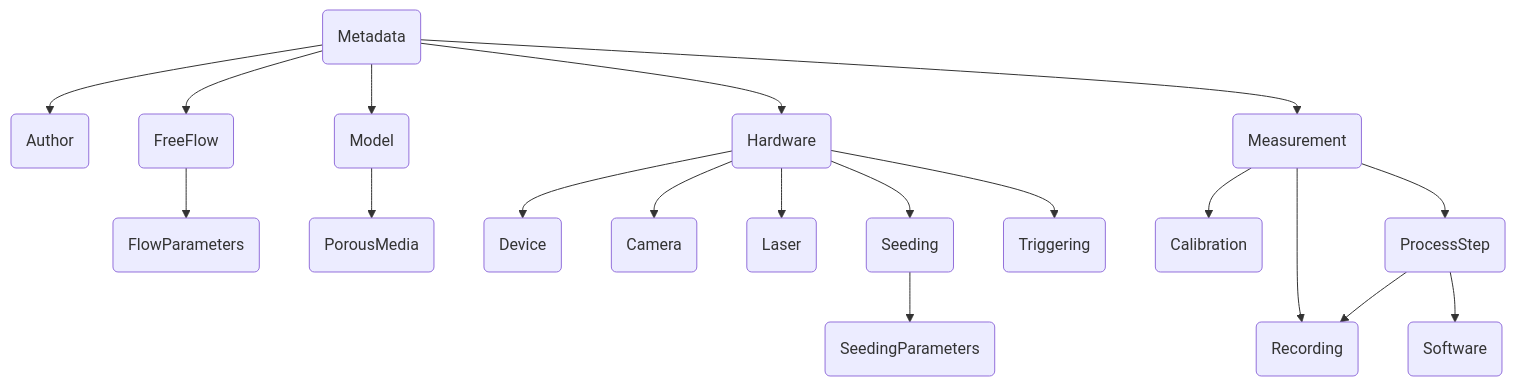
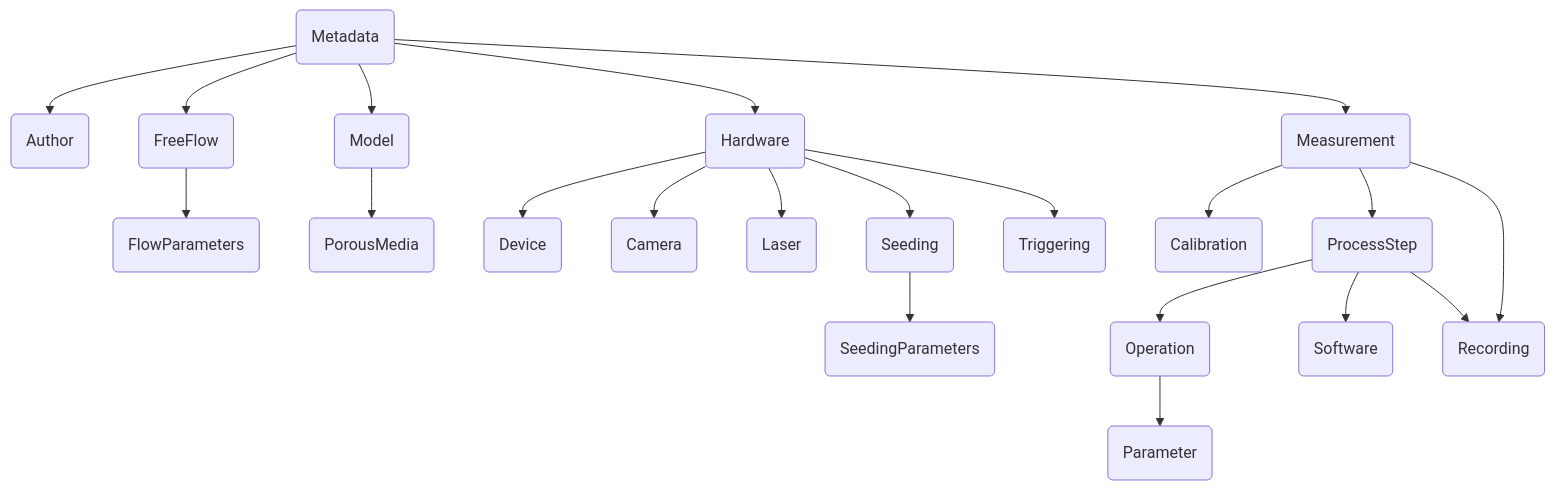
Before and after one commit to SimTech-Research-Data-Management/porous-media-flow-model: the diagram in docs/versions/v1.md, drawn with Mermaid. The commit also changed other lines of this file and 12 other files, not shown here.

Commit message:
add `Operation` and `Parameter`

````diff
--- a/docs/versions/v1.md
+++ b/docs/versions/v1.md
@@ -6,58 +6,64 @@
     ``` mermaid
     flowchart TB
         metadata(Metadata)
         author(Author)
         freeflow(FreeFlow)
         flowparameters(FlowParameters)
         model(Model)
         porousmedia(PorousMedia)
         hardware(Hardware)
         device(Device)
         camera(Camera)
         laser(Laser)
         seeding(Seeding)
         seedingparameters(SeedingParameters)
         triggering(Triggering)
         measurement(Measurement)
         calibration(Calibration)
         processstep(ProcessStep)
+        operation(Operation)
+        parameter(Parameter)
         software(Software)
         recording(Recording)
         metadata(Metadata) --> author(Author)
         metadata(Metadata) --> model(Model)
         metadata(Metadata) --> hardware(Hardware)
         metadata(Metadata) --> freeflow(FreeFlow)
         metadata(Metadata) --> measurement(Measurement)
         freeflow(FreeFlow) --> flowparameters(FlowParameters)
         model(Model) --> porousmedia(PorousMedia)
         hardware(Hardware) --> camera(Camera)
         hardware(Hardware) --> laser(Laser)
         hardware(Hardware) --> seeding(Seeding)
         hardware(Hardware) --> device(Device)
         hardware(Hardware) --> triggering(Triggering)
         seeding(Seeding) --> seedingparameters(SeedingParameters)
         measurement(Measurement) --> calibration(Calibration)
         measurement(Measurement) --> recording(Recording)
         measurement(Measurement) --> processstep(ProcessStep)
+        processstep(ProcessStep) --> operation(Operation)
         processstep(ProcessStep) --> recording(Recording)
         processstep(ProcessStep) --> software(Software)
+        operation(Operation) --> parameter(Parameter)
 
         click metadata "#metadata" "Go to Metadata"
         click author "#author" "Go to Author"
         click freeflow "#freeflow" "Go to FreeFlow"
         click flowparameters "#flowparameters" "Go to FlowParameters"
         click model "#model" "Go to Model"
         click porousmedia "#porousmedia" "Go to PorousMedia"
         click hardware "#hardware" "Go to Hardware"
         click device "#device" "Go to Device"
         click camera "#camera" "Go to Camera"
         click laser "#laser" "Go to Laser"
         click seeding "#seeding" "Go to Seeding"
         click seedingparameters "#seedingparameters" "Go to SeedingParameters"
         click triggering "#triggering" "Go to Triggering"
         click measurement "#measurement" "Go to Measurement"
         click calibration "#calibration" "Go to Calibration"
         click processstep "#processstep" "Go to ProcessStep"
+        click operation "#operation" "Go to Operation"
+        click parameter "#parameter" "Go to Parameter"
         click software "#software" "Go to Software"
         click recording "#recording" "Go to Recording"
     ```
````
